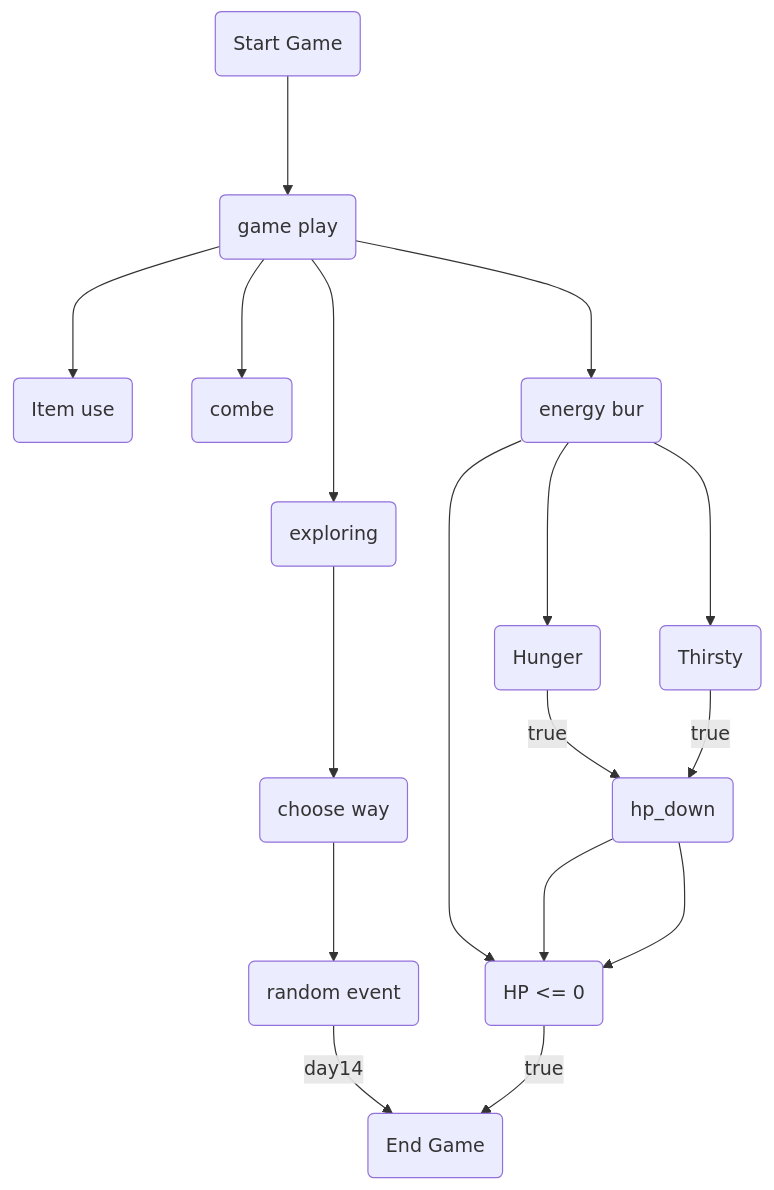
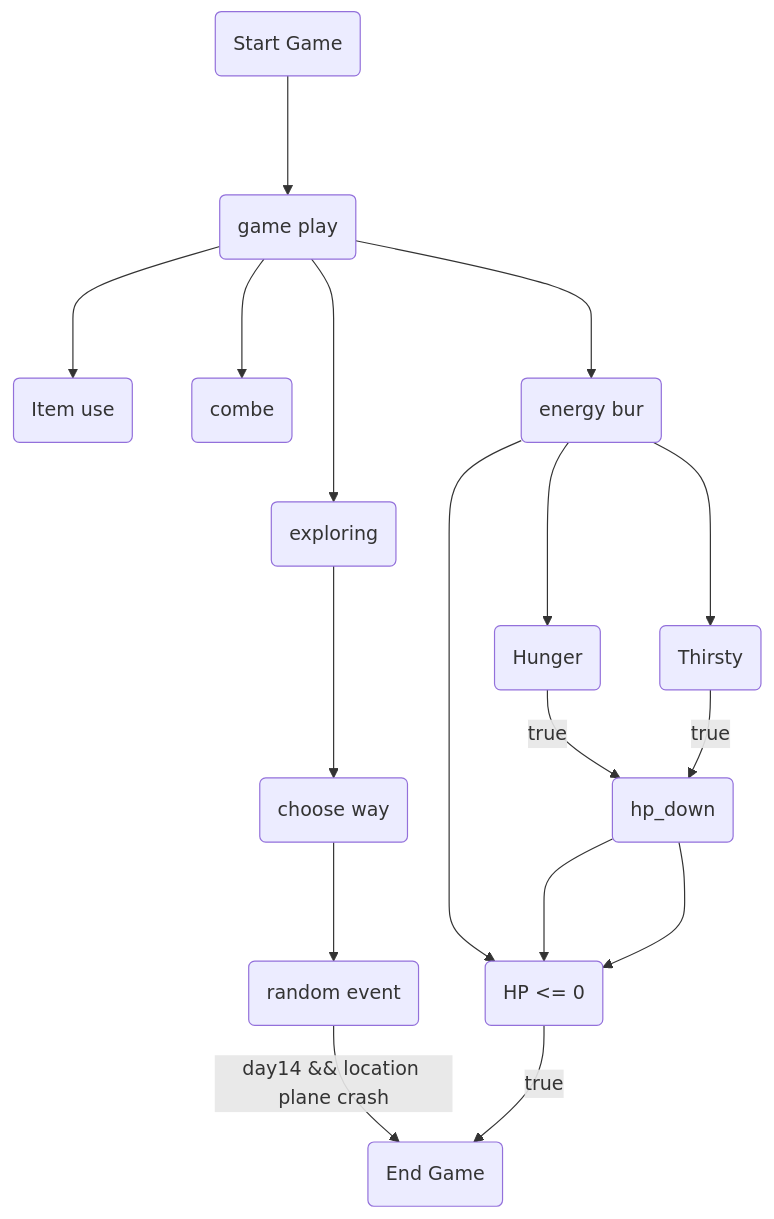
One commit to SSProgamer/C-Project changed the diagram in need me.md. Above: the diagram before and after it, drawn with Mermaid.

Commit message:
Update need me.md

````diff
--- a/need me.md
+++ b/need me.md
@@ -35,12 +35,12 @@
 ```mermaid
 flowchart TD
 start(Start Game) ---> ingame(game play)
 ingame ---> explore(exploring) ---> way(choose way) ---> event(random event)
-event --day14--> e(End Game)
+event --day14 && location plane crash--> e(End Game)
 ingame ---> Itemuse(Item use)
 ingame ---> combe(combe)
 ingame ---> stack(energy bur) --->hp
 stack(energy bur) --->Hunger(Hunger) --true--> hp_down(hp_down) ---> hp
 stack(energy bur) --->Thirsty(Thirsty) --true--> hp_down(hp_down) ---> hp
 hp(HP <= 0) --true--> e(End Game)
 ```
````
